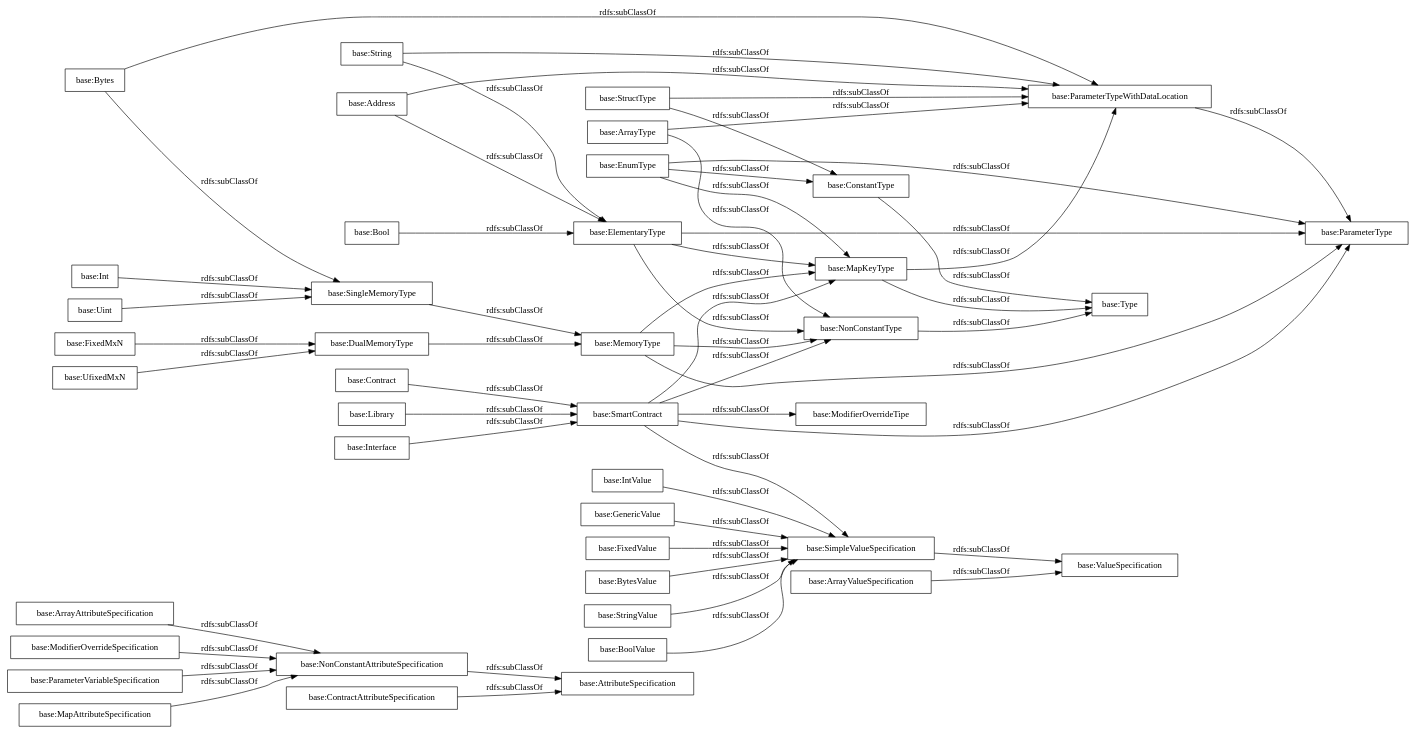
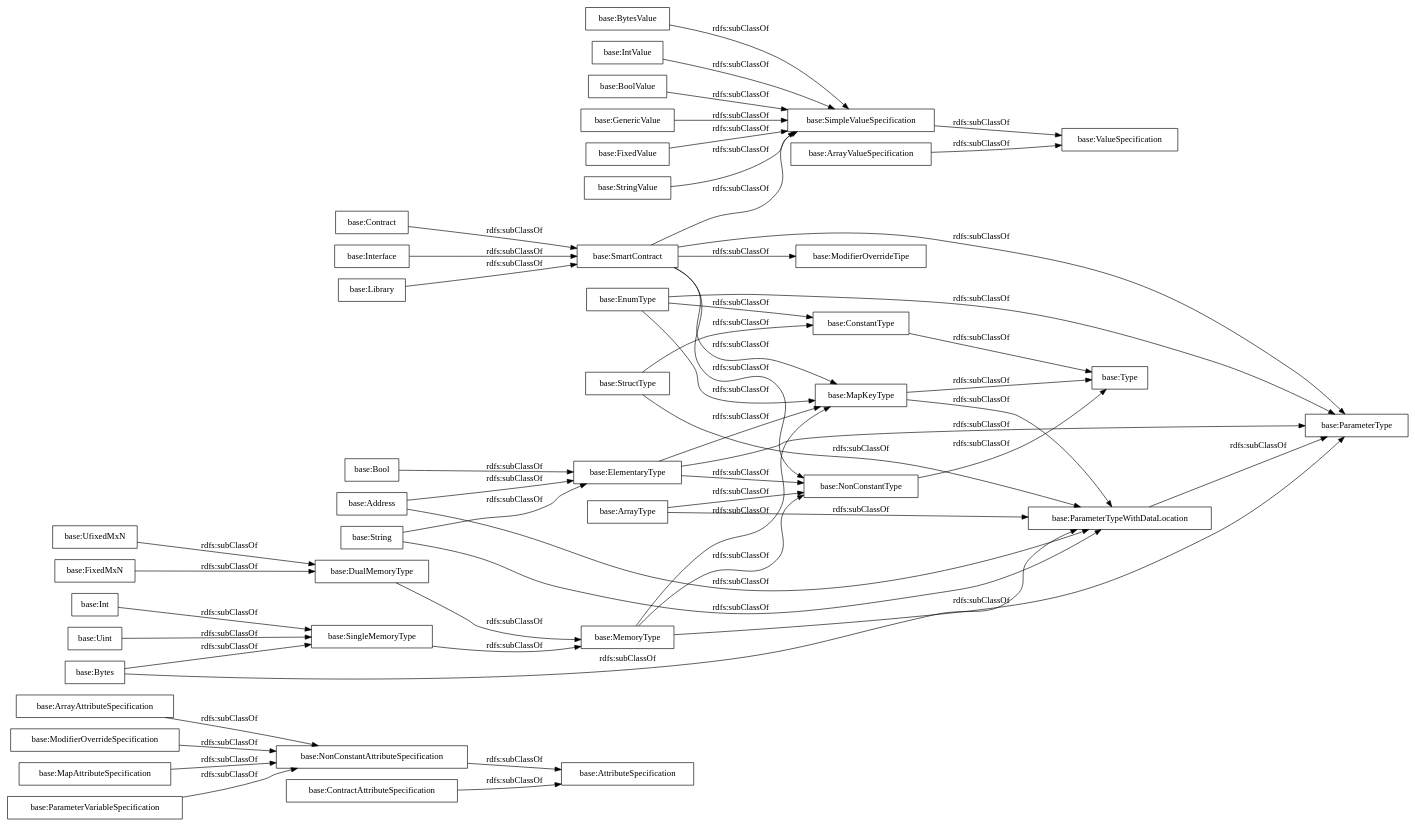
Before and after one commit to oeg-upm/Solidity-ontology: the diagram in OnToology/ontology.ttl/diagrams/ar2dtool-taxonomy/ontology.ttl.png.dot, drawn with Graphviz. The commit also changed 12 other files, not shown here.

```diff
--- a/OnToology/ontology.ttl/diagrams/ar2dtool-taxonomy/ontology.ttl.png.dot
+++ b/OnToology/ontology.ttl/diagrams/ar2dtool-taxonomy/ontology.ttl.png.dot
@@ -1,59 +1,59 @@
 digraph ar2dtool_diagram { 
 rankdir=LR;
 size="1000"
-node [shape = rectangle, color="black"]; "base:ArrayAttributeSpecification" "base:Address" "base:Uint" "base:ValueSpecification" "base:SmartContract" "base:DualMemoryType" "base:SingleMemoryType" "base:BoolValue" "base:IntValue" "base:NonConstantType" "base:AttributeSpecification" "base:String" "base:GenericValue" "base:Int" "base:ParameterTypeWithDataLocation" "base:NonConstantAttributeSpecification" "base:ConstantType" "base:Interface" "base:FixedValue" "base:FixedMxN" "base:Bool" "base:ContractAttributeSpecification" "base:ElementaryType" "base:ArrayValueSpecification" "base:MapKeyType" "base:Contract" "base:StructType" "base:ModifierOverrideSpecification" "base:ParameterVariableSpecification" "base:SimpleValueSpecification" "base:Library" "base:Type" "base:BytesValue" "base:MapAttributeSpecification" "base:StringValue" "base:ParameterType" "base:ArrayType" "base:UfixedMxN" "base:Bytes" "base:EnumType" "base:MemoryType" "base:ModifierOverrideTipe" ; /*classes style*/
-	"base:ArrayValueSpecification" -> "base:ValueSpecification" [ label = "rdfs:subClassOf" ];
+node [shape = rectangle, color="black"]; "base:ArrayAttributeSpecification" "base:EnumType" "base:String" "base:ConstantType" "base:DualMemoryType" "base:Uint" "base:ModifierOverrideSpecification" "base:Address" "base:AttributeSpecification" "base:NonConstantAttributeSpecification" "base:FixedMxN" "base:ParameterType" "base:ParameterTypeWithDataLocation" "base:FixedValue" "base:ArrayValueSpecification" "base:StringValue" "base:MapAttributeSpecification" "base:Bytes" "base:Bool" "base:BytesValue" "base:ValueSpecification" "base:NonConstantType" "base:MemoryType" "base:SmartContract" "base:IntValue" "base:StructType" "base:Contract" "base:ModifierOverrideTipe" "base:SimpleValueSpecification" "base:Interface" "base:ArrayType" "base:BoolValue" "base:ContractAttributeSpecification" "base:UfixedMxN" "base:Library" "base:ElementaryType" "base:ParameterVariableSpecification" "base:GenericValue" "base:SingleMemoryType" "base:Type" "base:Int" "base:MapKeyType" ; /*classes style*/
+	"base:ConstantType" -> "base:Type" [ label = "rdfs:subClassOf" ];
+	"base:Interface" -> "base:SmartContract" [ label = "rdfs:subClassOf" ];
 	"base:ElementaryType" -> "base:ParameterType" [ label = "rdfs:subClassOf" ];
 	"base:ElementaryType" -> "base:NonConstantType" [ label = "rdfs:subClassOf" ];
 	"base:ElementaryType" -> "base:MapKeyType" [ label = "rdfs:subClassOf" ];
+	"base:FixedMxN" -> "base:DualMemoryType" [ label = "rdfs:subClassOf" ];
+	"base:GenericValue" -> "base:SimpleValueSpecification" [ label = "rdfs:subClassOf" ];
+	"base:ParameterTypeWithDataLocation" -> "base:ParameterType" [ label = "rdfs:subClassOf" ];
+	"base:DualMemoryType" -> "base:MemoryType" [ label = "rdfs:subClassOf" ];
+	"base:SimpleValueSpecification" -> "base:ValueSpecification" [ label = "rdfs:subClassOf" ];
+	"base:ContractAttributeSpecification" -> "base:AttributeSpecification" [ label = "rdfs:subClassOf" ];
+	"base:Bool" -> "base:ElementaryType" [ label = "rdfs:subClassOf" ];
+	"base:ParameterVariableSpecification" -> "base:NonConstantAttributeSpecification" [ label = "rdfs:subClassOf" ];
+	"base:IntValue" -> "base:SimpleValueSpecification" [ label = "rdfs:subClassOf" ];
 	"base:MapKeyType" -> "base:Type" [ label = "rdfs:subClassOf" ];
 	"base:MapKeyType" -> "base:ParameterTypeWithDataLocation" [ label = "rdfs:subClassOf" ];
-	"base:String" -> "base:ParameterTypeWithDataLocation" [ label = "rdfs:subClassOf" ];
-	"base:String" -> "base:ElementaryType" [ label = "rdfs:subClassOf" ];
 	"base:StructType" -> "base:ParameterTypeWithDataLocation" [ label = "rdfs:subClassOf" ];
 	"base:StructType" -> "base:ConstantType" [ label = "rdfs:subClassOf" ];
 	"base:MemoryType" -> "base:ParameterType" [ label = "rdfs:subClassOf" ];
 	"base:MemoryType" -> "base:NonConstantType" [ label = "rdfs:subClassOf" ];
 	"base:MemoryType" -> "base:MapKeyType" [ label = "rdfs:subClassOf" ];
-	"base:Bool" -> "base:ElementaryType" [ label = "rdfs:subClassOf" ];
-	"base:DualMemoryType" -> "base:MemoryType" [ label = "rdfs:subClassOf" ];
+	"base:ModifierOverrideSpecification" -> "base:NonConstantAttributeSpecification" [ label = "rdfs:subClassOf" ];
+	"base:Library" -> "base:SmartContract" [ label = "rdfs:subClassOf" ];
+	"base:Address" -> "base:ParameterTypeWithDataLocation" [ label = "rdfs:subClassOf" ];
+	"base:Address" -> "base:ElementaryType" [ label = "rdfs:subClassOf" ];
+	"base:BoolValue" -> "base:SimpleValueSpecification" [ label = "rdfs:subClassOf" ];
+	"base:Bytes" -> "base:SingleMemoryType" [ label = "rdfs:subClassOf" ];
+	"base:Bytes" -> "base:ParameterTypeWithDataLocation" [ label = "rdfs:subClassOf" ];
+	"base:Contract" -> "base:SmartContract" [ label = "rdfs:subClassOf" ];
 	"base:ArrayAttributeSpecification" -> "base:NonConstantAttributeSpecification" [ label = "rdfs:subClassOf" ];
 	"base:ArrayType" -> "base:ParameterTypeWithDataLocation" [ label = "rdfs:subClassOf" ];
 	"base:ArrayType" -> "base:NonConstantType" [ label = "rdfs:subClassOf" ];
-	"base:SimpleValueSpecification" -> "base:ValueSpecification" [ label = "rdfs:subClassOf" ];
-	"base:FixedMxN" -> "base:DualMemoryType" [ label = "rdfs:subClassOf" ];
-	"base:Library" -> "base:SmartContract" [ label = "rdfs:subClassOf" ];
-	"base:Address" -> "base:ParameterTypeWithDataLocation" [ label = "rdfs:subClassOf" ];
-	"base:Address" -> "base:ElementaryType" [ label = "rdfs:subClassOf" ];
-	"base:SingleMemoryType" -> "base:MemoryType" [ label = "rdfs:subClassOf" ];
+	"base:Int" -> "base:SingleMemoryType" [ label = "rdfs:subClassOf" ];
 	"base:Uint" -> "base:SingleMemoryType" [ label = "rdfs:subClassOf" ];
-	"base:ConstantType" -> "base:Type" [ label = "rdfs:subClassOf" ];
-	"base:BoolValue" -> "base:SimpleValueSpecification" [ label = "rdfs:subClassOf" ];
+	"base:String" -> "base:ParameterTypeWithDataLocation" [ label = "rdfs:subClassOf" ];
+	"base:String" -> "base:ElementaryType" [ label = "rdfs:subClassOf" ];
+	"base:StringValue" -> "base:SimpleValueSpecification" [ label = "rdfs:subClassOf" ];
+	"base:NonConstantType" -> "base:Type" [ label = "rdfs:subClassOf" ];
 	"base:MapAttributeSpecification" -> "base:NonConstantAttributeSpecification" [ label = "rdfs:subClassOf" ];
-	"base:ContractAttributeSpecification" -> "base:AttributeSpecification" [ label = "rdfs:subClassOf" ];
-	"base:ParameterTypeWithDataLocation" -> "base:ParameterType" [ label = "rdfs:subClassOf" ];
-	"base:NonConstantAttributeSpecification" -> "base:AttributeSpecification" [ label = "rdfs:subClassOf" ];
-	"base:ParameterVariableSpecification" -> "base:NonConstantAttributeSpecification" [ label = "rdfs:subClassOf" ];
-	"base:UfixedMxN" -> "base:DualMemoryType" [ label = "rdfs:subClassOf" ];
-	"base:Int" -> "base:SingleMemoryType" [ label = "rdfs:subClassOf" ];
-	"base:FixedValue" -> "base:SimpleValueSpecification" [ label = "rdfs:subClassOf" ];
-	"base:Contract" -> "base:SmartContract" [ label = "rdfs:subClassOf" ];
+	"base:EnumType" -> "base:ParameterType" [ label = "rdfs:subClassOf" ];
+	"base:EnumType" -> "base:MapKeyType" [ label = "rdfs:subClassOf" ];
+	"base:EnumType" -> "base:ConstantType" [ label = "rdfs:subClassOf" ];
 	"base:SmartContract" -> "base:SimpleValueSpecification" [ label = "rdfs:subClassOf" ];
 	"base:SmartContract" -> "base:ParameterType" [ label = "rdfs:subClassOf" ];
 	"base:SmartContract" -> "base:NonConstantType" [ label = "rdfs:subClassOf" ];
 	"base:SmartContract" -> "base:ModifierOverrideTipe" [ label = "rdfs:subClassOf" ];
 	"base:SmartContract" -> "base:MapKeyType" [ label = "rdfs:subClassOf" ];
-	"base:Bytes" -> "base:SingleMemoryType" [ label = "rdfs:subClassOf" ];
-	"base:Bytes" -> "base:ParameterTypeWithDataLocation" [ label = "rdfs:subClassOf" ];
-	"base:Interface" -> "base:SmartContract" [ label = "rdfs:subClassOf" ];
-	"base:StringValue" -> "base:SimpleValueSpecification" [ label = "rdfs:subClassOf" ];
-	"base:NonConstantType" -> "base:Type" [ label = "rdfs:subClassOf" ];
-	"base:EnumType" -> "base:ParameterType" [ label = "rdfs:subClassOf" ];
-	"base:EnumType" -> "base:MapKeyType" [ label = "rdfs:subClassOf" ];
-	"base:EnumType" -> "base:ConstantType" [ label = "rdfs:subClassOf" ];
-	"base:IntValue" -> "base:SimpleValueSpecification" [ label = "rdfs:subClassOf" ];
-	"base:ModifierOverrideSpecification" -> "base:NonConstantAttributeSpecification" [ label = "rdfs:subClassOf" ];
-	"base:GenericValue" -> "base:SimpleValueSpecification" [ label = "rdfs:subClassOf" ];
+	"base:FixedValue" -> "base:SimpleValueSpecification" [ label = "rdfs:subClassOf" ];
+	"base:SingleMemoryType" -> "base:MemoryType" [ label = "rdfs:subClassOf" ];
+	"base:ArrayValueSpecification" -> "base:ValueSpecification" [ label = "rdfs:subClassOf" ];
+	"base:NonConstantAttributeSpecification" -> "base:AttributeSpecification" [ label = "rdfs:subClassOf" ];
+	"base:UfixedMxN" -> "base:DualMemoryType" [ label = "rdfs:subClassOf" ];
 	"base:BytesValue" -> "base:SimpleValueSpecification" [ label = "rdfs:subClassOf" ];
 
 }
```
